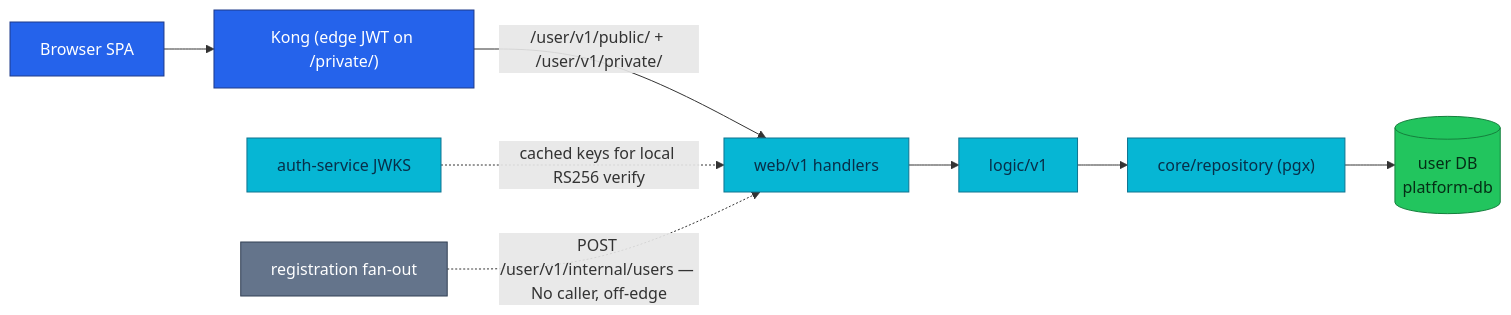
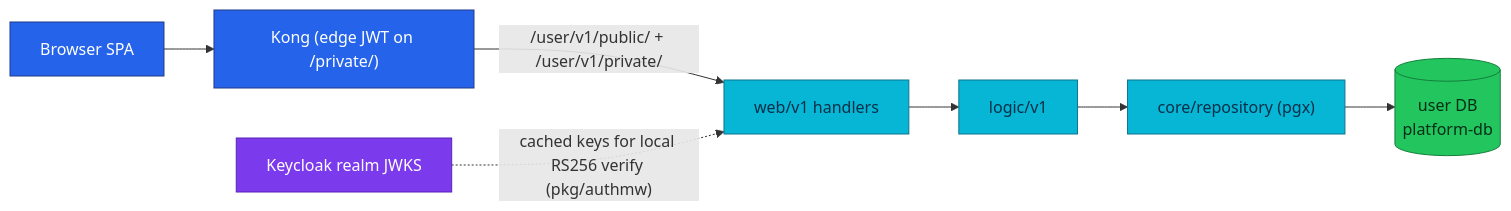
The diagram in docs/api/user.md (duynhlab/homelab), drawn with Mermaid before and after one commit. The commit also changed other lines of this file and 30 other files, not shown here.

````diff
--- a/docs/api/user.md
+++ b/docs/api/user.md
@@ -59,19 +61,18 @@
 ```mermaid
 flowchart LR
     SPA["Browser SPA"] --> Kong["Kong (edge JWT on /private/)"]
     Kong -->|"/user/v1/public/ + /user/v1/private/"| Web["web/v1 handlers"]
     Web --> Logic["logic/v1"]
     Logic --> Repo["core/repository (pgx)"]
     Repo --> DB[("user DB<br/>platform-db")]
-    Auth["auth-service JWKS"] -.->|"cached keys for local RS256 verify"| Web
-    NoCaller["registration fan-out"] -.->|"POST /user/v1/internal/users — No caller, off-edge"| Web
+    KC["Keycloak realm JWKS"] -.->|"cached keys for local RS256 verify (pkg/authmw)"| Web
 
     classDef edge fill:#2563eb,color:#fff,stroke:#1e3a8a;
     classDef service fill:#06b6d4,color:#082f49,stroke:#0e7490;
     classDef data fill:#22c55e,color:#052e16,stroke:#15803d;
-    classDef external fill:#64748b,color:#fff,stroke:#334155;
+    classDef platform fill:#7c3aed,color:#fff,stroke:#5b21b6;
     class SPA,Kong edge;
-    class Web,Logic,Repo,Auth service;
+    class Web,Logic,Repo service;
     class DB data;
-    class NoCaller external;
+    class KC platform;
 ```
````
